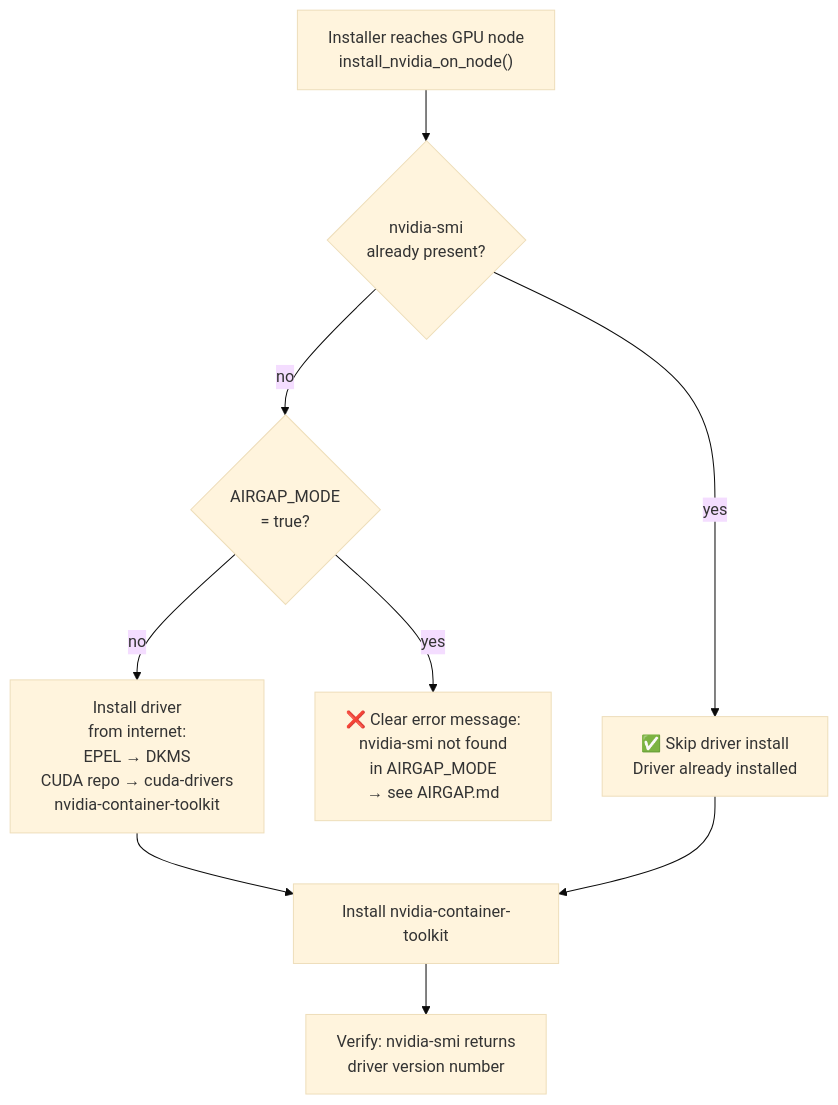
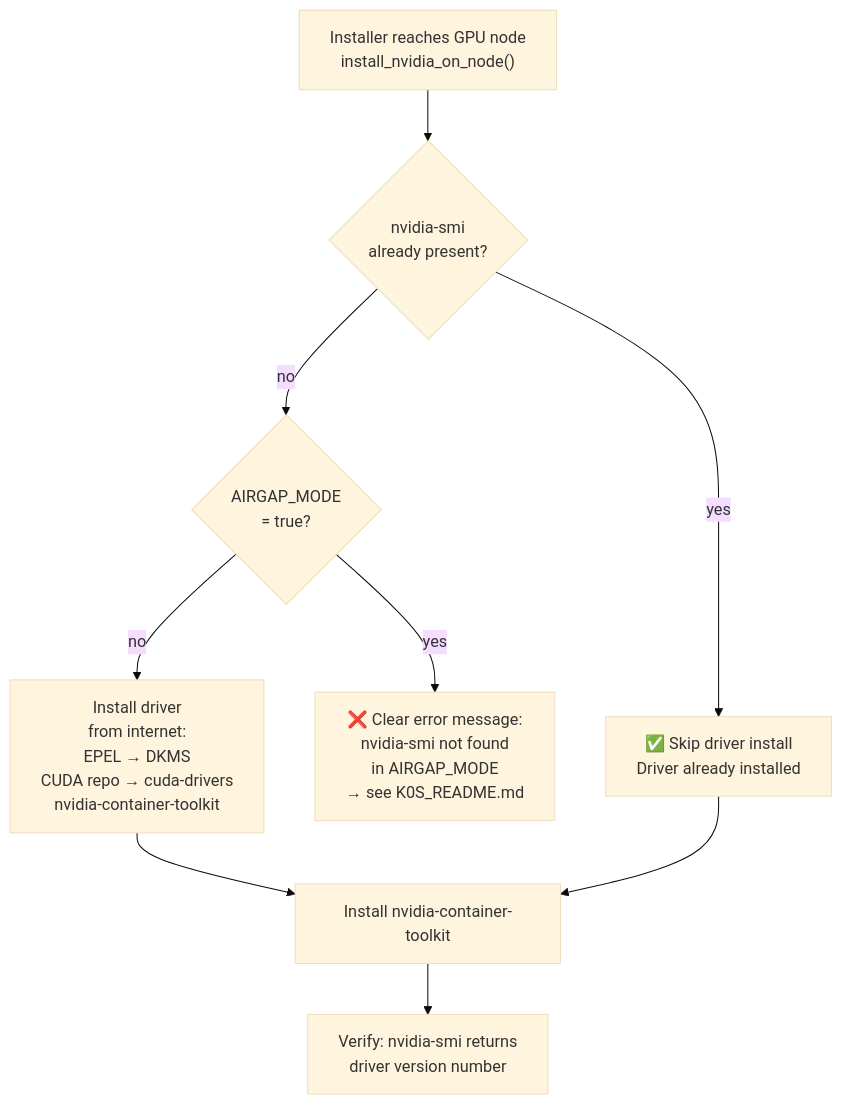
The ninth of 11 diagrams in tools/cluster_setup/DEPLOYMENT_GUIDE.md (splunk/splunk-ai-operator), drawn with Mermaid (base theme) before and after one commit. The commit also changed other lines of this file and 5 other files, not shown here.

````diff
--- a/tools/cluster_setup/DEPLOYMENT_GUIDE.md
+++ b/tools/cluster_setup/DEPLOYMENT_GUIDE.md
@@ -533,20 +503,20 @@
 ```mermaid
 flowchart TD
     INSTALLER["Installer reaches GPU node\ninstall_nvidia_on_node()"]
     CHECK{"nvidia-smi\nalready present?"}
     SKIP["✅ Skip driver install\nDriver already installed"]
     AIRGAP_CHECK{"AIRGAP_MODE\n= true?"}
-    FAIL["❌ Clear error message:\nnvidia-smi not found\nin AIRGAP_MODE\n→ see AIRGAP.md"]
+    FAIL["❌ Clear error message:\nnvidia-smi not found\nin AIRGAP_MODE\n→ see K0S_README.md"]
     INSTALL["Install driver\nfrom internet:\nEPEL → DKMS\nCUDA repo → cuda-drivers\nnvidia-container-toolkit"]
     CTK["Install nvidia-container-toolkit"]
     VERIFY["Verify: nvidia-smi returns\ndriver version number"]
 
     INSTALLER --> CHECK
     CHECK -->|yes| SKIP
     CHECK -->|no| AIRGAP_CHECK
     AIRGAP_CHECK -->|yes| FAIL
     AIRGAP_CHECK -->|no| INSTALL
     INSTALL --> CTK
     CTK --> VERIFY
     SKIP --> CTK
 ```
````
